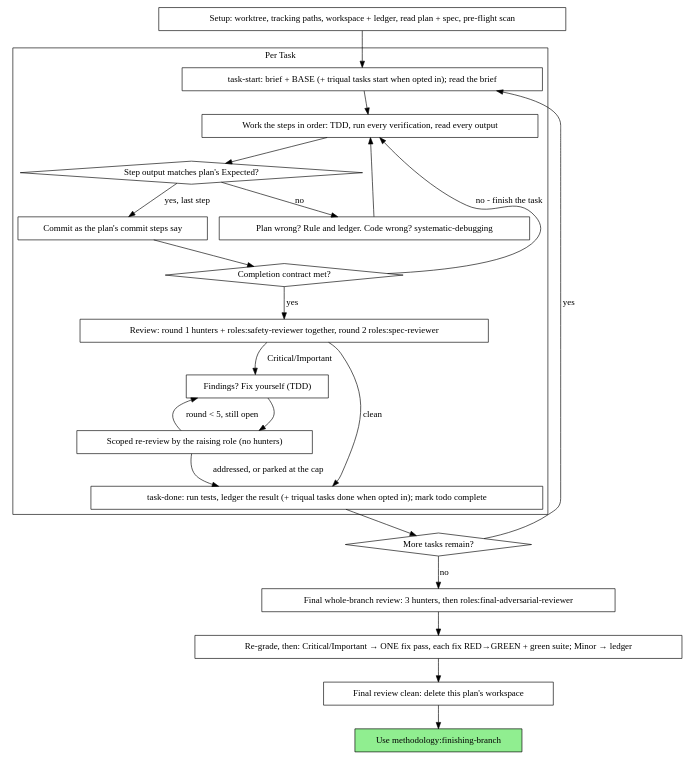
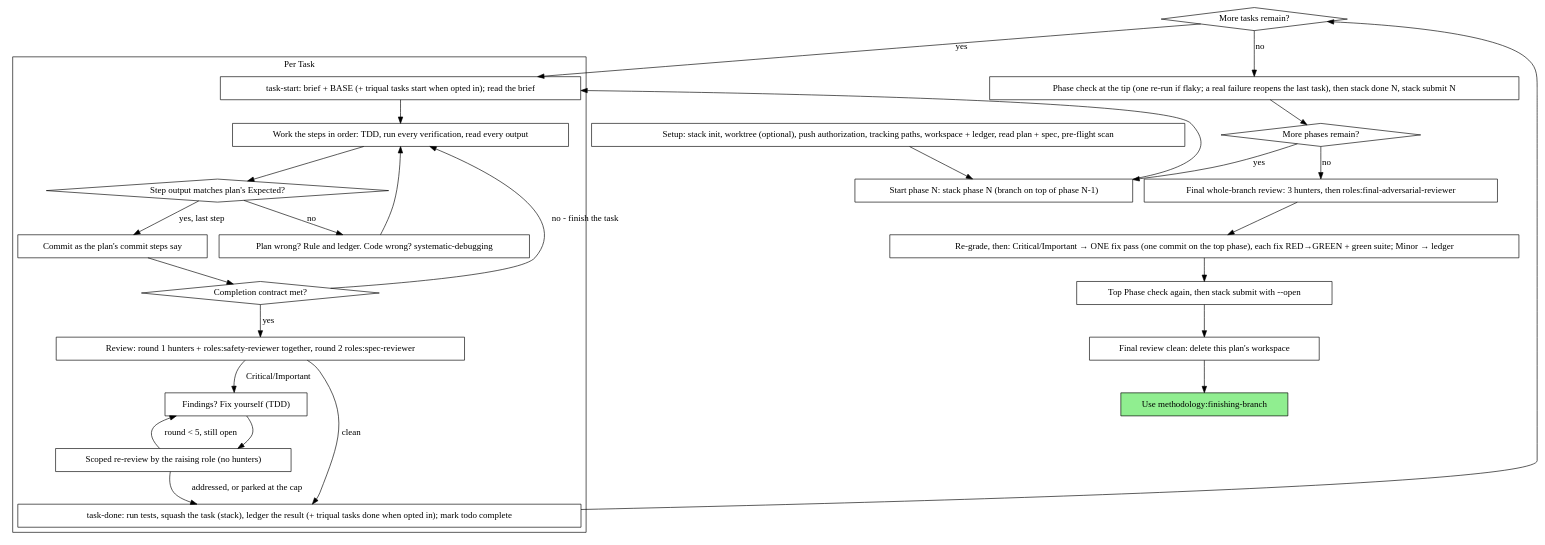
One commit to Montinou/triqual changed the diagram in plugins/methodology/skills/executing-plans/SKILL.md. Above: the diagram before and after it, drawn with Graphviz. The commit also changed other lines of this file and 38 other files, not shown here.

````diff
--- a/plugins/methodology/skills/executing-plans/SKILL.md
+++ b/plugins/methodology/skills/executing-plans/SKILL.md
@@ -73,47 +74,56 @@
 ```dot
 digraph process {
     rankdir=TB;
 
     subgraph cluster_per_task {
         label="Per Task";
         "task-start: brief + BASE (+ triqual tasks start when opted in); read the brief" [shape=box];
         "Work the steps in order: TDD, run every verification, read every output" [shape=box];
         "Step output matches plan's Expected?" [shape=diamond];
         "Plan wrong? Rule and ledger. Code wrong? systematic-debugging" [shape=box];
         "Commit as the plan's commit steps say" [shape=box];
         "Completion contract met?" [shape=diamond];
         "Review: round 1 hunters + roles:safety-reviewer together, round 2 roles:spec-reviewer" [shape=box];
         "Findings? Fix yourself (TDD)" [shape=box];
         "Scoped re-review by the raising role (no hunters)" [shape=box];
-        "task-done: run tests, ledger the result (+ triqual tasks done when opted in); mark todo complete" [shape=box];
+        "task-done: run tests, squash the task (stack), ledger the result (+ triqual tasks done when opted in); mark todo complete" [shape=box];
     }
 
-    "Setup: worktree, tracking paths, workspace + ledger, read plan + spec, pre-flight scan" [shape=box];
+    "Setup: stack init, worktree (optional), push authorization, tracking paths, workspace + ledger, read plan + spec, pre-flight scan" [shape=box];
+    "Start phase N: stack phase N (branch on top of phase N-1)" [shape=box];
     "More tasks remain?" [shape=diamond];
+    "Phase check at the tip (one re-run if flaky; a real failure reopens the last task), then stack done N, stack submit N" [shape=box];
+    "More phases remain?" [shape=diamond];
     "Final whole-branch review: 3 hunters, then roles:final-adversarial-reviewer" [shape=box];
-    "Re-grade, then: Critical/Important → ONE fix pass, each fix RED→GREEN + green suite; Minor → ledger" [shape=box];
+    "Re-grade, then: Critical/Important → ONE fix pass (one commit on the top phase), each fix RED→GREEN + green suite; Minor → ledger" [shape=box];
+    "Top Phase check again, then stack submit with --open" [shape=box];
     "Final review clean: delete this plan's workspace" [shape=box];
     "Use methodology:finishing-branch" [shape=box style=filled fillcolor=lightgreen];
 
-    "Setup: worktree, tracking paths, workspace + ledger, read plan + spec, pre-flight scan" -> "task-start: brief + BASE (+ triqual tasks start when opted in); read the brief";
+    "Setup: stack init, worktree (optional), push authorization, tracking paths, workspace + ledger, read plan + spec, pre-flight scan" -> "Start phase N: stack phase N (branch on top of phase N-1)";
+    "Start phase N: stack phase N (branch on top of phase N-1)" -> "task-start: brief + BASE (+ triqual tasks start when opted in); read the brief";
     "task-start: brief + BASE (+ triqual tasks start when opted in); read the brief" -> "Work the steps in order: TDD, run every verification, read every output";
     "Work the steps in order: TDD, run every verification, read every output" -> "Step output matches plan's Expected?";
     "Step output matches plan's Expected?" -> "Plan wrong? Rule and ledger. Code wrong? systematic-debugging" [label="no"];
     "Plan wrong? Rule and ledger. Code wrong? systematic-debugging" -> "Work the steps in order: TDD, run every verification, read every output";
     "Step output matches plan's Expected?" -> "Commit as the plan's commit steps say" [label="yes, last step"];
     "Commit as the plan's commit steps say" -> "Completion contract met?";
     "Completion contract met?" -> "Work the steps in order: TDD, run every verification, read every output" [label="no - finish the task"];
     "Completion contract met?" -> "Review: round 1 hunters + roles:safety-reviewer together, round 2 roles:spec-reviewer" [label="yes"];
     "Review: round 1 hunters + roles:safety-reviewer together, round 2 roles:spec-reviewer" -> "Findings? Fix yourself (TDD)" [label="Critical/Important"];
     "Findings? Fix yourself (TDD)" -> "Scoped re-review by the raising role (no hunters)";
     "Scoped re-review by the raising role (no hunters)" -> "Findings? Fix yourself (TDD)" [label="round < 5, still open"];
-    "Scoped re-review by the raising role (no hunters)" -> "task-done: run tests, ledger the result (+ triqual tasks done when opted in); mark todo complete" [label="addressed, or parked at the cap"];
-    "Review: round 1 hunters + roles:safety-reviewer together, round 2 roles:spec-reviewer" -> "task-done: run tests, ledger the result (+ triqual tasks done when opted in); mark todo complete" [label="clean"];
-    "task-done: run tests, ledger the result (+ triqual tasks done when opted in); mark todo complete" -> "More tasks remain?";
+    "Scoped re-review by the raising role (no hunters)" -> "task-done: run tests, squash the task (stack), ledger the result (+ triqual tasks done when opted in); mark todo complete" [label="addressed, or parked at the cap"];
+    "Review: round 1 hunters + roles:safety-reviewer together, round 2 roles:spec-reviewer" -> "task-done: run tests, squash the task (stack), ledger the result (+ triqual tasks done when opted in); mark todo complete" [label="clean"];
+    "task-done: run tests, squash the task (stack), ledger the result (+ triqual tasks done when opted in); mark todo complete" -> "More tasks remain?";
     "More tasks remain?" -> "task-start: brief + BASE (+ triqual tasks start when opted in); read the brief" [label="yes"];
-    "More tasks remain?" -> "Final whole-branch review: 3 hunters, then roles:final-adversarial-reviewer" [label="no"];
-    "Final whole-branch review: 3 hunters, then roles:final-adversarial-reviewer" -> "Re-grade, then: Critical/Important → ONE fix pass, each fix RED→GREEN + green suite; Minor → ledger";
-    "Re-grade, then: Critical/Important → ONE fix pass, each fix RED→GREEN + green suite; Minor → ledger" -> "Final review clean: delete this plan's workspace";
+    "More tasks remain?" -> "Phase check at the tip (one re-run if flaky; a real failure reopens the last task), then stack done N, stack submit N" [label="no"];
+    "Phase check at the tip (one re-run if flaky; a real failure reopens the last task), then stack done N, stack submit N" -> "More phases remain?";
+    "More phases remain?" -> "Start phase N: stack phase N (branch on top of phase N-1)" [label="yes"];
+    "More phases remain?" -> "Final whole-branch review: 3 hunters, then roles:final-adversarial-reviewer" [label="no"];
+    "Final whole-branch review: 3 hunters, then roles:final-adversarial-reviewer" -> "Re-grade, then: Critical/Important → ONE fix pass (one commit on the top phase), each fix RED→GREEN + green suite; Minor → ledger";
+    "Re-grade, then: Critical/Important → ONE fix pass (one commit on the top phase), each fix RED→GREEN + green suite; Minor → ledger" -> "Top Phase check again, then stack submit with --open";
+    "Top Phase check again, then stack submit with --open" -> "Final review clean: delete this plan's workspace";
     "Final review clean: delete this plan's workspace" -> "Use methodology:finishing-branch";
 }
 ```
````
